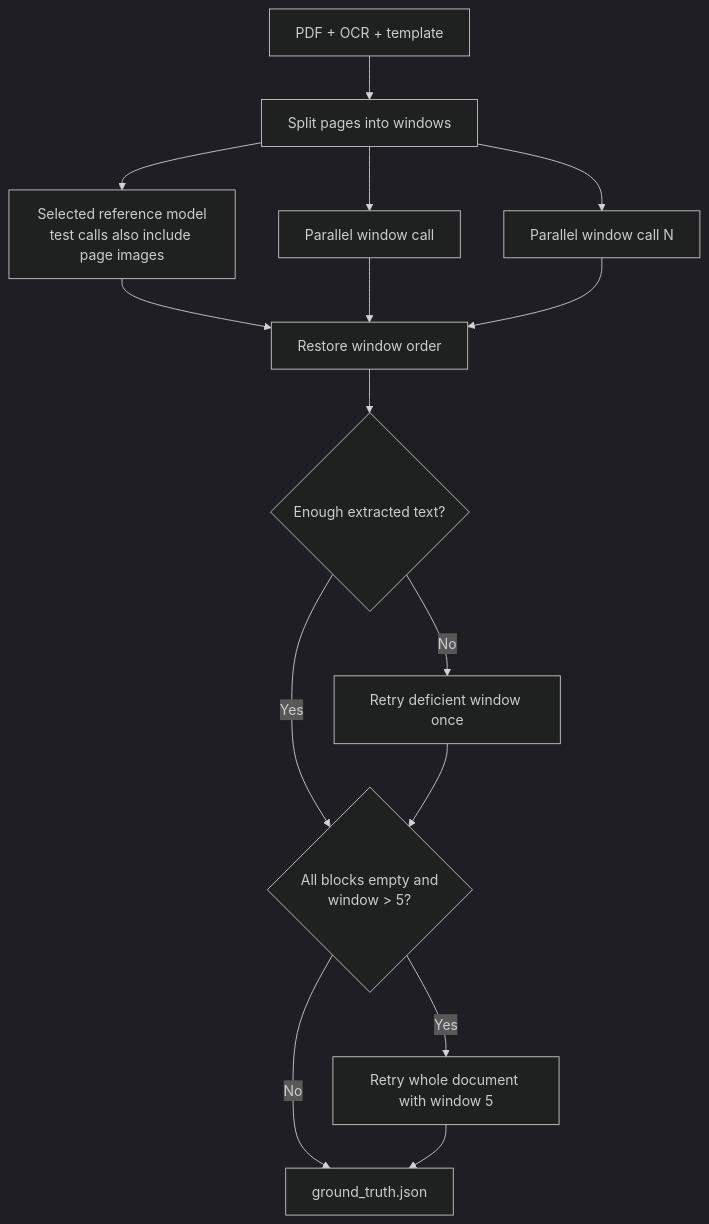
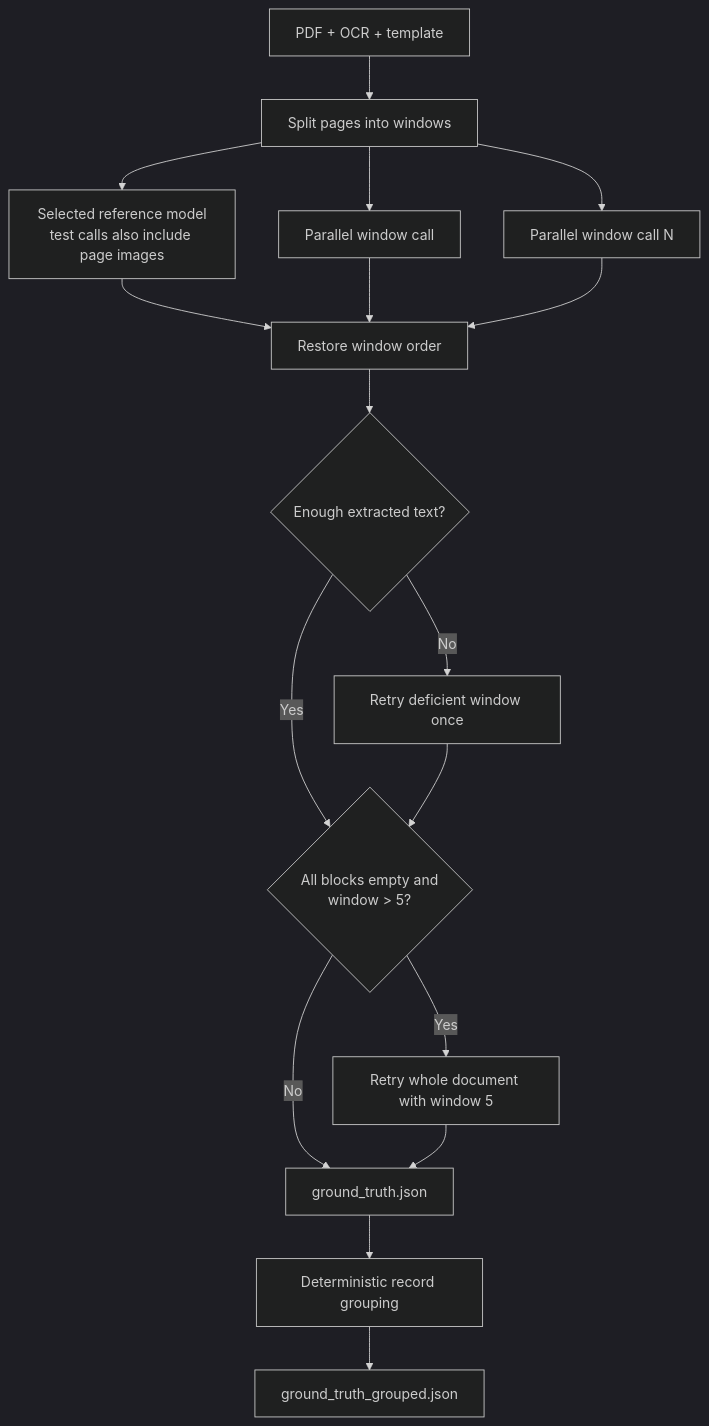
The fifth of 6 diagrams in README.md (riccardobollati/twix_2), drawn with Mermaid (dark theme) before and after one commit. The commit also changed other lines of this file and 24 other files, not shown here.

````diff
--- a/README.md
+++ b/README.md
@@ -426,17 +452,19 @@
 ```mermaid
 flowchart TD
     P["PDF + OCR + template"] --> W["Split pages into windows"]
     W --> C1["Selected reference model<br/>test calls also include page images"]
     W --> C2["Parallel window call"]
     W --> CN["Parallel window call N"]
     C1 --> ORDER["Restore window order"]
     C2 --> ORDER
     CN --> ORDER
     ORDER --> COVER{"Enough extracted text?"}
     COVER -- No --> RETRY["Retry deficient window once"]
     COVER -- Yes --> EMPTY{"All blocks empty and<br/>window > 5?"}
     RETRY --> EMPTY
     EMPTY -- Yes --> SMALL["Retry whole document with window 5"]
     EMPTY -- No --> GT["ground_truth.json"]
     SMALL --> GT
+    GT --> GROUP["Deterministic record grouping"]
+    GROUP --> GTG["ground_truth_grouped.json"]
 ```
````
